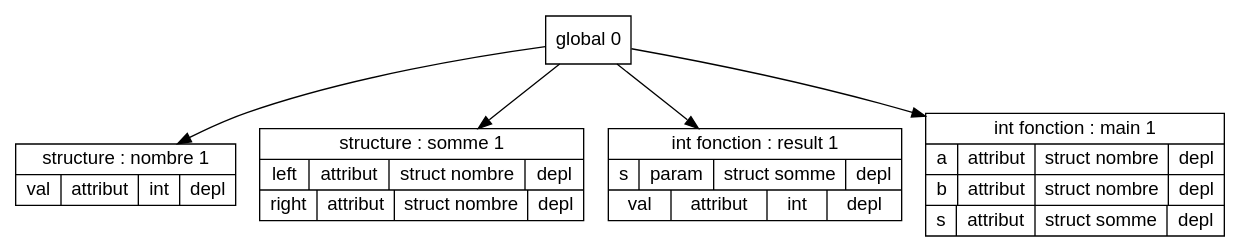
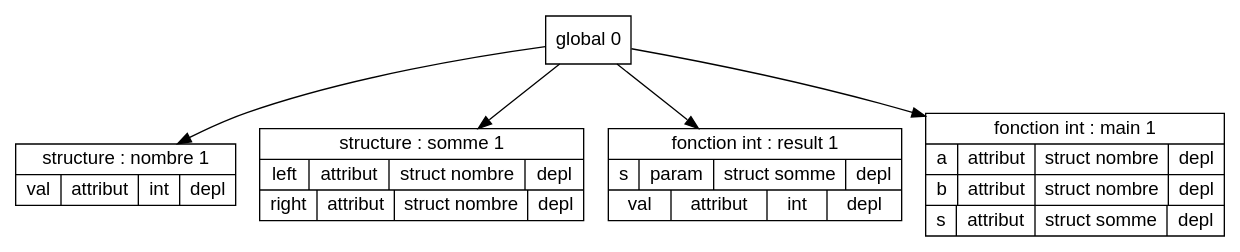
One commit to Hamza-ABDOULHOUSSEN/compil changed the diagram in Code/out/tds/dot/Test_Semantique/codestruct.dot. Above: the diagram before and after it, drawn with Graphviz. The commit also changed 7 other files, not shown here.

```diff
--- a/Code/out/tds/dot/Test_Semantique/codestruct.dot
+++ b/Code/out/tds/dot/Test_Semantique/codestruct.dot
@@ -1,33 +1,33 @@
 digraph "tds"{
 
 	node [fontname="Arial"];
 
 	N1 [shape=record label="{ structure : nombre 1
 	| { val | attribut | int | depl }
 	}"];
 
 	N2 [shape=record label="{ structure : somme 1
 	| { left | attribut | struct nombre | depl }
 	| { right | attribut | struct nombre | depl }
 	}"];
 
-	N3 [shape=record label="{ int fonction : result 1
+	N3 [shape=record label="{ fonction int : result 1
 	| { s | param | struct somme | depl }
 	| { val | attribut | int | depl }
 	}"];
 
-	N4 [shape=record label="{ int fonction : main 1
+	N4 [shape=record label="{ fonction int : main 1
 	| { a | attribut | struct nombre | depl }
 	| { b | attribut | struct nombre | depl }
 	| { s | attribut | struct somme | depl }
 	}"];
 
 	N0 [shape=record label="{ global 0
 	}"];
 
 
 	N0 -> N1; 
 	N0 -> N2; 
 	N0 -> N3; 
 	N0 -> N4; 
 }
```
